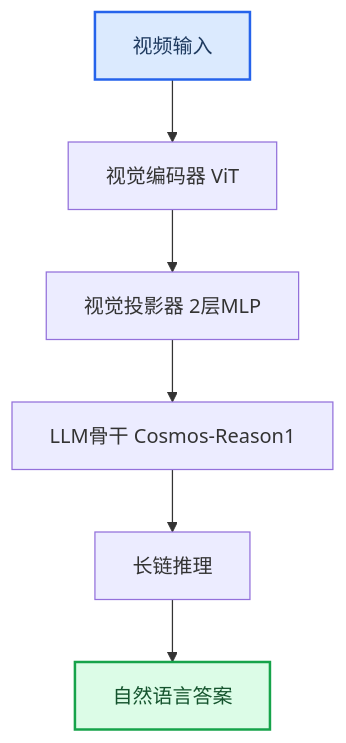
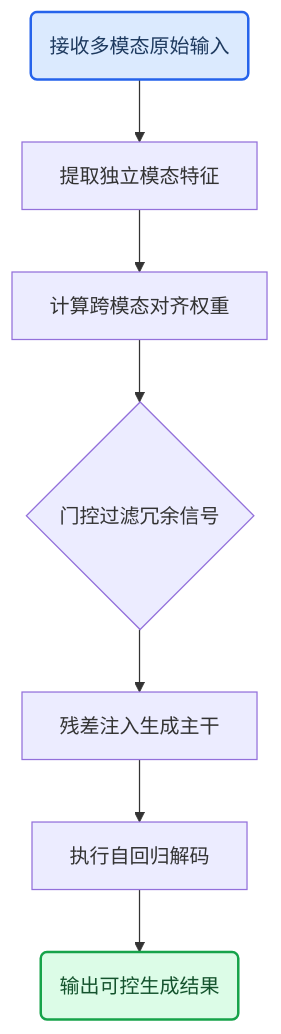
One commit to ShinewineW/paper-rolling changed the third of 10 diagrams in person_vault/2026-06-08_CosmosReason1_2503.15558/report.md. Above: the diagram before and after it, drawn with Mermaid. The commit also changed other lines of this file and 300 other files, not shown here.

````diff
--- a/person_vault/2026-06-08_CosmosReason1_2503.15558/report.md
+++ b/person_vault/2026-06-08_CosmosReason1_2503.15558/report.md
@@ -107,17 +158,21 @@
 ```mermaid
 flowchart TB
-    video_input["视频输入"]
-    vision_encoder["视觉编码器 ViT"]
-    vision_projector["视觉投影器 2层MLP"]
-    llm_backbone["LLM骨干 Cosmos-Reason1"]
-    think_reasoning["<think> 长链推理"]
-    final_answer["<answer> 自然语言答案"]
-    
-    video_input --> vision_encoder --> vision_projector --> llm_backbone
-    llm_backbone --> think_reasoning --> final_answer
-    
+    start_node(接收多模态原始输入):::required
+    feat_extractor["提取独立模态特征"]
+    align_module["计算跨模态对齐权重"]
+    gate_filter{门控过滤冗余信号}
+    inject_stage["残差注入生成主干"]
+    decode_stage["执行自回归解码"]
+    end_node(输出可控生成结果):::output
+
+    start_node --> feat_extractor
+    feat_extractor --> align_module
+    align_module --> gate_filter
+    gate_filter --> inject_stage
+    inject_stage --> decode_stage
+    decode_stage --> end_node
+
     classDef required fill:#dbeafe,stroke:#2563eb,stroke-width:2px,color:#1e3a5f
     classDef output fill:#dcfce7,stroke:#16a34a,stroke-width:2px,color:#14532d
-    class video_input required
-    class final_answer output
+    classDef optional fill:#fef9c3,stroke:#ca8a04,stroke-width:2px,color:#713f12
 ```
````
